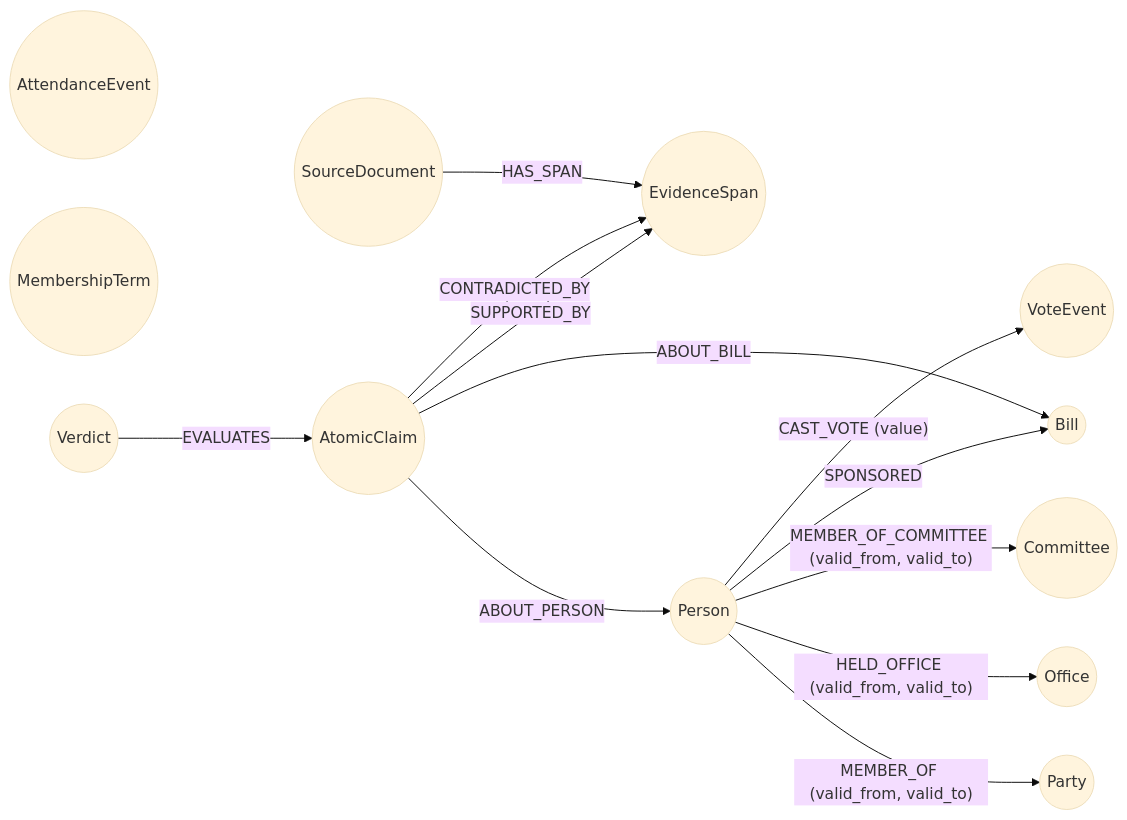
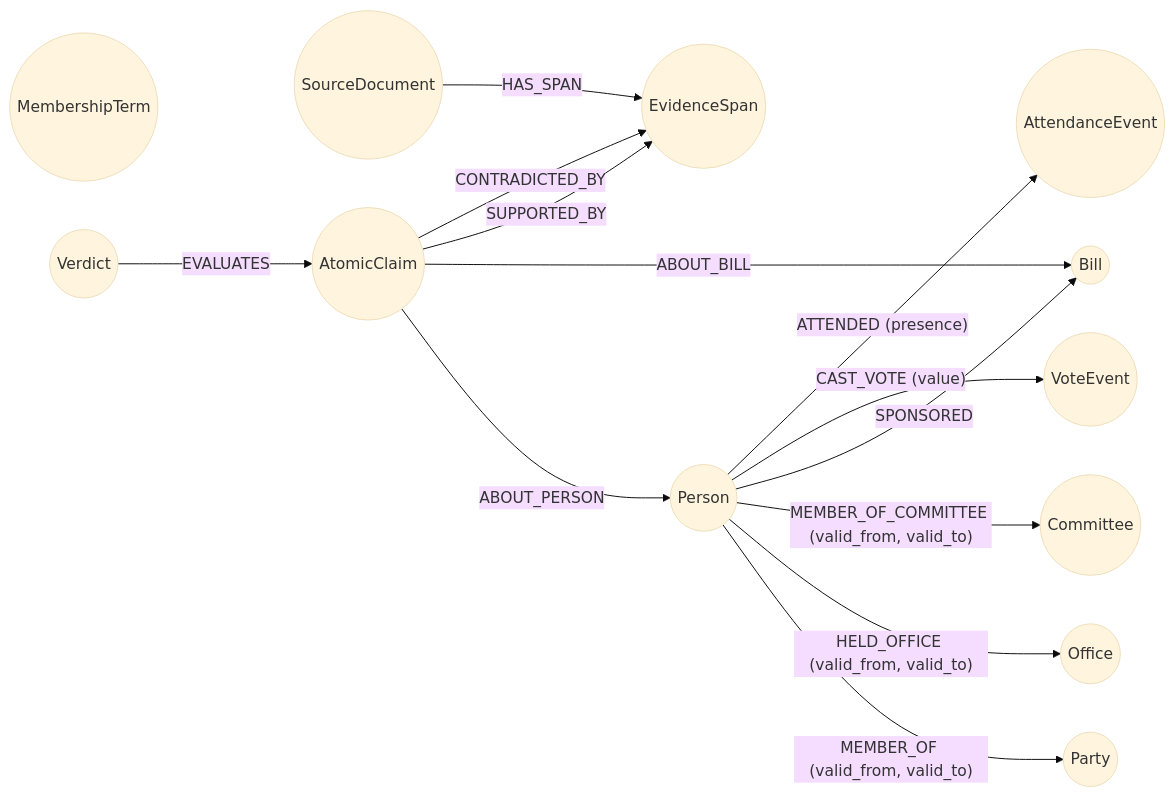
One commit to idanzinner-OMGene/civic-proof-il changed the second of 2 diagrams in docs/DATA_MODEL.md. Above: the diagram before and after it, drawn with Mermaid (base theme). The commit also changed other lines of this file and 23 other files, not shown here.

````diff
--- a/docs/DATA_MODEL.md
+++ b/docs/DATA_MODEL.md
@@ -117,27 +118,28 @@
 ```mermaid
 graph LR
   person((Person))
   party((Party))
   office((Office))
   committee((Committee))
   bill((Bill))
   voteEvent((VoteEvent))
   attendanceEvent((AttendanceEvent))
   membershipTerm((MembershipTerm))
   sourceDocument((SourceDocument))
   evidenceSpan((EvidenceSpan))
   atomicClaim((AtomicClaim))
   verdict((Verdict))
 
   person -->|"MEMBER_OF (valid_from, valid_to)"| party
   person -->|"HELD_OFFICE (valid_from, valid_to)"| office
   person -->|"MEMBER_OF_COMMITTEE (valid_from, valid_to)"| committee
   person -->|SPONSORED| bill
   person -->|"CAST_VOTE (value)"| voteEvent
+  person -->|"ATTENDED (presence)"| attendanceEvent
   sourceDocument -->|HAS_SPAN| evidenceSpan
   atomicClaim -->|ABOUT_PERSON| person
   atomicClaim -->|ABOUT_BILL| bill
   atomicClaim -->|SUPPORTED_BY| evidenceSpan
   atomicClaim -->|CONTRADICTED_BY| evidenceSpan
   verdict -->|EVALUATES| atomicClaim
 ```
````
